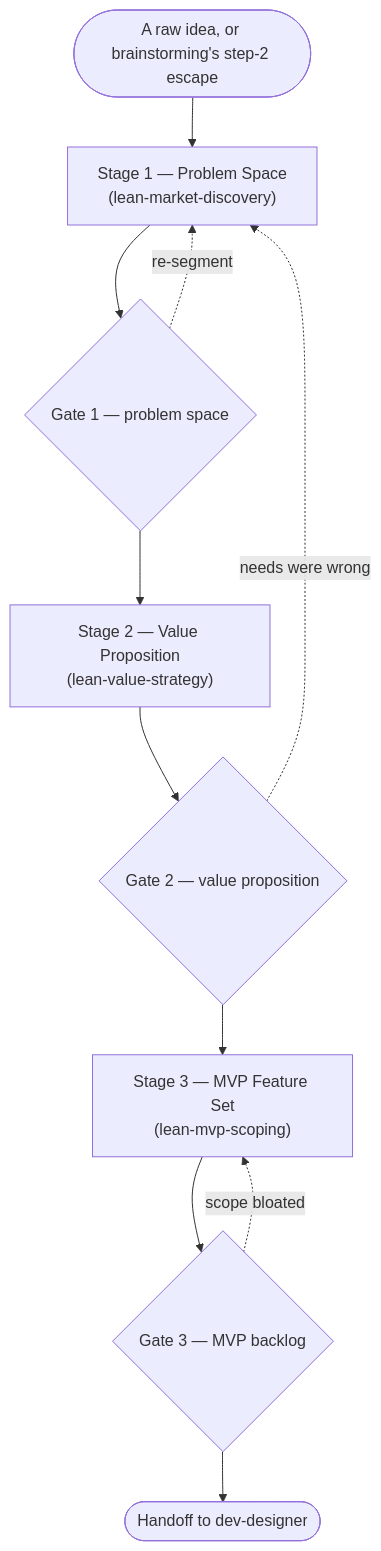
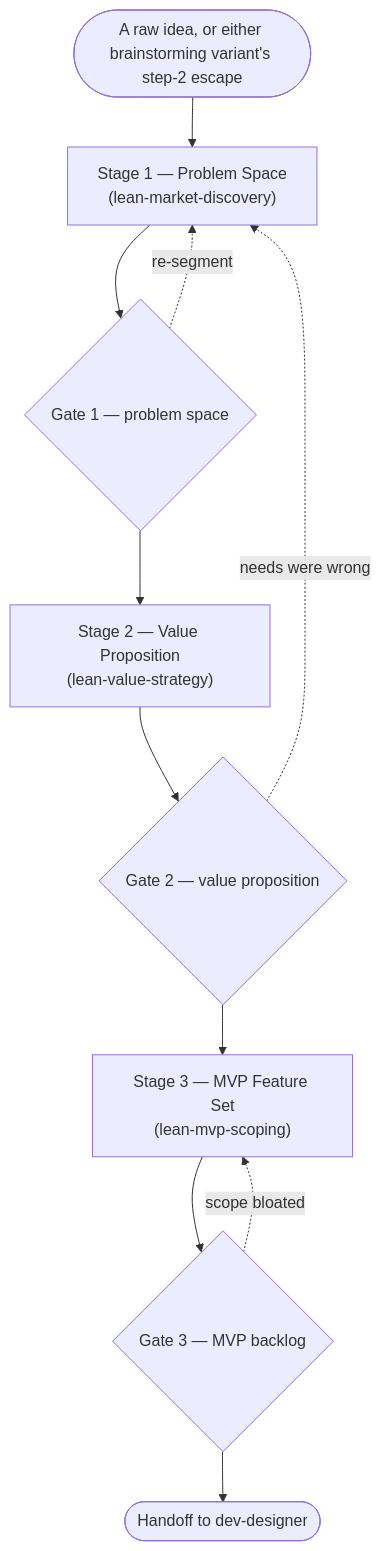
One commit to DanhDue/ai-agent-tools changed the third of 4 diagrams in docs/lifecycles.en.md. Above: the diagram before and after it, drawn with Mermaid. The commit also changed other lines of this file and 5 other files, not shown here.

````diff
--- a/docs/lifecycles.en.md
+++ b/docs/lifecycles.en.md
@@ -118,16 +125,16 @@
 ```mermaid
 flowchart TD
-    IN(["A raw idea, or brainstorming's step-2 escape"])
+    IN(["A raw idea, or either brainstorming variant's step-2 escape"])
     S1["Stage 1 — Problem Space<br/>(lean-market-discovery)"]
     G1{"Gate 1 — problem space"}
     S2["Stage 2 — Value Proposition<br/>(lean-value-strategy)"]
     G2{"Gate 2 — value proposition"}
     S3["Stage 3 — MVP Feature Set<br/>(lean-mvp-scoping)"]
     G3{"Gate 3 — MVP backlog"}
     OUT(["Handoff to dev-designer"])
 
     IN --> S1 --> G1 --> S2 --> G2 --> S3 --> G3 --> OUT
     G1 -.->|"re-segment"| S1
     G2 -.->|"needs were wrong"| S1
     G3 -.->|"scope bloated"| S3
 ```
````
